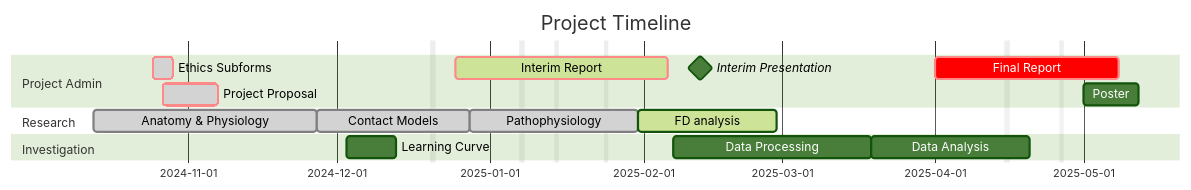
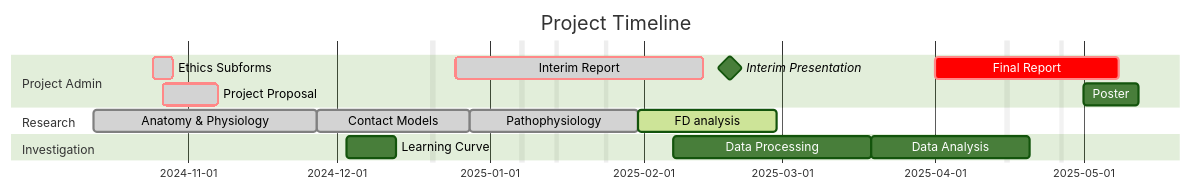
The diagram in Individual project/Key Documents/Full LogBook.md (jasht1/Uni-Projects), drawn with Mermaid (forest theme) before and after one commit. The commit also changed 19 other files, not shown here.

Commit message:
Interim Presentation

````diff
--- a/Individual project/Key Documents/Full LogBook.md
+++ b/Individual project/Key Documents/Full LogBook.md
@@ -2,30 +2,30 @@
 ```mermaid
 ---
 displayMode: compact
 ---
 gantt
 title Project Timeline
 
 dateFormat YYYY-MM-DD
 excludes Christmas: 2024-12-20 to 2025-01-07, Exam week 1: 2025-01-14 to 2025-01-24, Exam week 2: 2025-04-15 to 2025-04-26
 
 section Project Admin
 	Ethics Subforms : crit, done, 2024-10-25, 4d
 	Project Proposal : crit, done, 2024-10-27, 2024-11-07
-	Interim Report : crit, active, 2024-12-25, 2025-02-06
-	Interim Presentation : milestone, 2025-02-12, 1d
+	Interim Report : crit, done, 2024-12-25, 2025-02-13
+	Interim Presentation : milestone, 2025-02-18, 1d
 	Final Report : crit, 2025-04-01, 2025-05-08
 	Poster : 2025-05-01, 2025-05-12
 
 section Research
 	Anatomy & Physiology : done, 2024-10-13, 45d
 	Contact Models : done, 1M
 	Pathophysiology: done, 1M
 	FD analysis: active, 1M
 
 section Investigation
 	Learning Curve: 2024-12-03, 10d
 	Data Processing :2025-02-07 , 40d
 	Data Analysis : 1M
 
 ```
````
